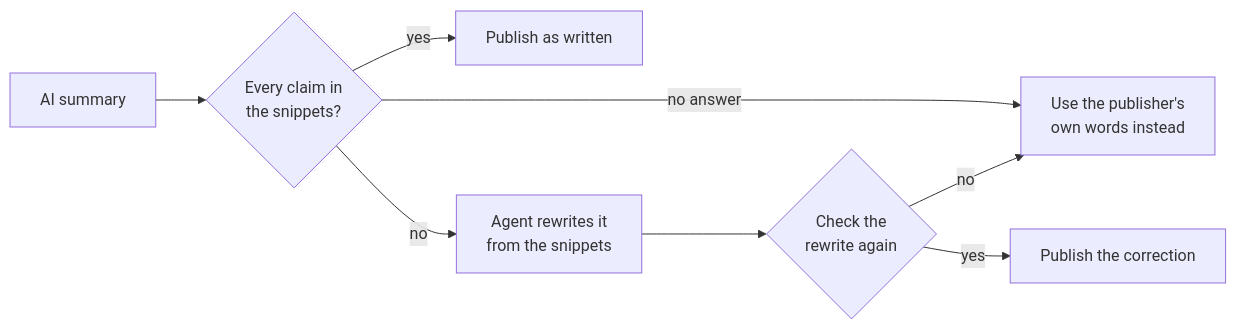
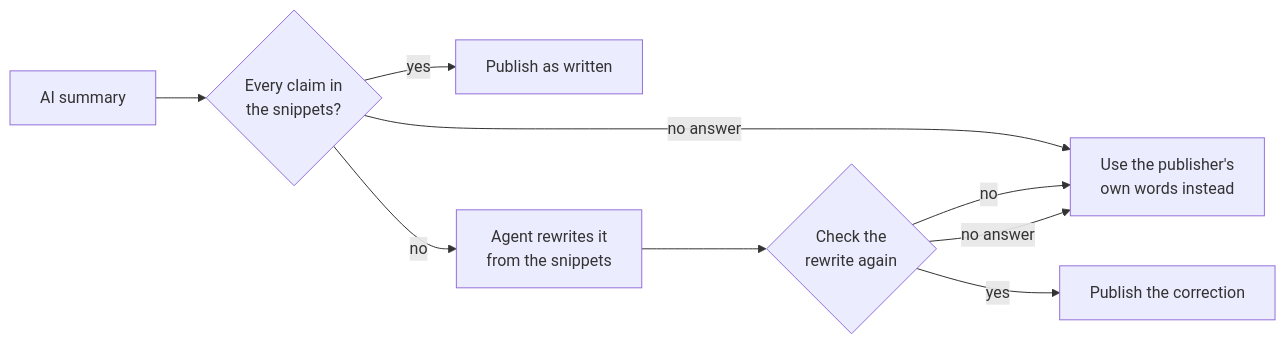
The second of 4 diagrams in docs/TECHNICAL_GUIDE.md (YashRajSingh1001/readkernel), drawn with Mermaid before and after one commit. The commit also changed other lines of this file and 7 other files, not shown here.

````diff
--- a/docs/TECHNICAL_GUIDE.md
+++ b/docs/TECHNICAL_GUIDE.md
@@ -233,10 +233,11 @@
 ```mermaid
 flowchart LR
     A["AI summary"] --> B{"Every claim in<br/>the snippets?"}
     B -- no answer --> FB
     B -- yes --> OK["Publish as written"]
     B -- no --> C["Agent rewrites it<br/>from the snippets"]
     C --> D{"Check the<br/>rewrite again"}
     D -- yes --> FIX["Publish the correction"]
     D -- no --> FB["Use the publisher's<br/>own words instead"]
+    D -- no answer --> FB
 ```
````
